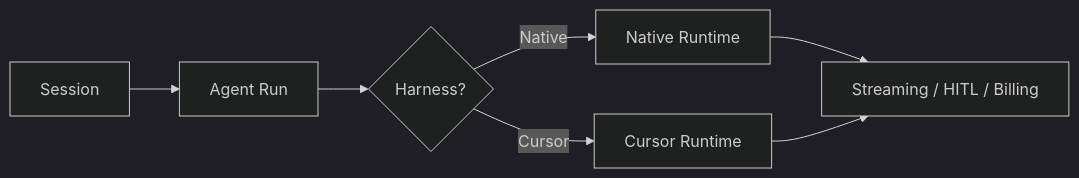
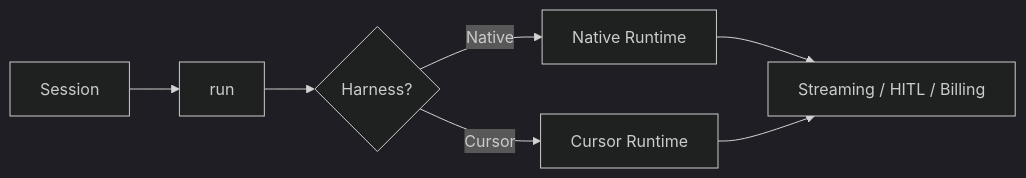
Before and after one commit to stigmer/stigmer: the diagram in docs/concepts/harnesses.mdx, drawn with Mermaid (dark theme). The commit also changed other lines of this file and 346 other files, not shown here.

````diff
--- a/docs/concepts/harnesses.mdx
+++ b/docs/concepts/harnesses.mdx
@@ -120,9 +120,9 @@
 ```mermaid
 flowchart LR
-  S["Session"] --> R["Agent Run"]
+  S["Session"] --> R["run"]
   R --> D{Harness?}
   D -->|Native| EG["Native Runtime"]
   D -->|Cursor| EC["Cursor Runtime"]
   EG --> P["Streaming / HITL / Billing"]
   EC --> P
 ```
````
